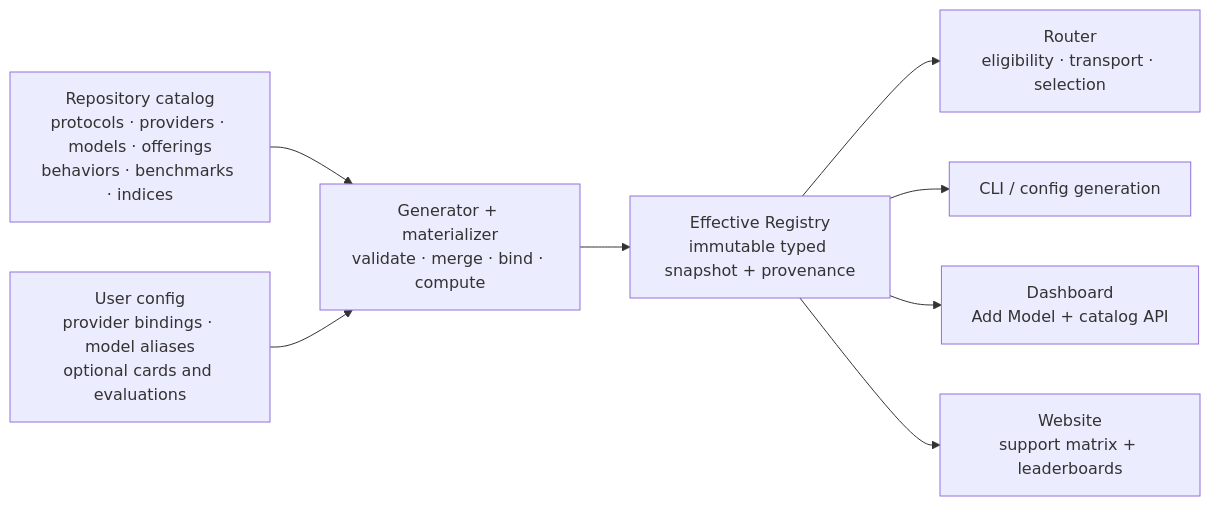
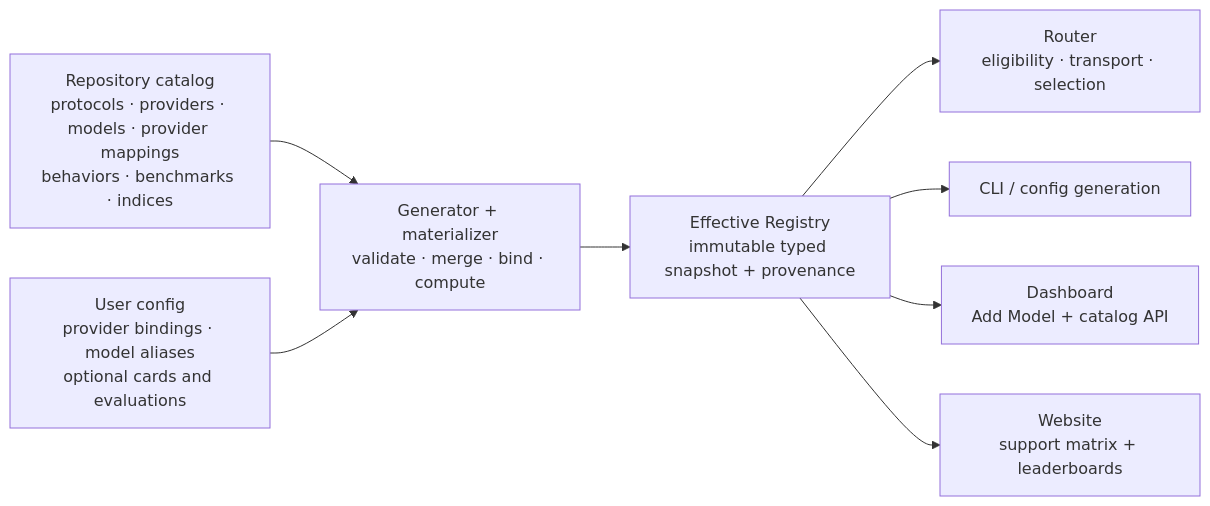
Before and after one commit to vuhluu/semantic-router: the diagram in website/docs/proposals/unified-model-catalog-and-evaluation-index.md, drawn with Mermaid. The commit also changed other lines of this file and 305 other files, not shown here.

Commit message:
feat(catalog): consolidate provider-owned model metadata

````diff
--- a/website/docs/proposals/unified-model-catalog-and-evaluation-index.md
+++ b/website/docs/proposals/unified-model-catalog-and-evaluation-index.md
@@ -163,19 +232,19 @@
 ```mermaid
 flowchart LR
-  Builtins["Repository catalog\nprotocols · providers · models · offerings\nbehaviors · benchmarks · indices"]
+  Builtins["Repository catalog\nprotocols · providers · models · provider mappings\nbehaviors · benchmarks · indices"]
   User["User config\nprovider bindings · model aliases\noptional cards and evaluations"]
   Compiler["Generator + materializer\nvalidate · merge · bind · compute"]
   Registry["Effective Registry\nimmutable typed snapshot + provenance"]
   Router["Router\neligibility · transport · selection"]
   CLI["CLI / config generation"]
   Dashboard["Dashboard\nAdd Model + catalog API"]
   Website["Website\nsupport matrix + leaderboards"]
 
   Builtins --> Compiler
   User --> Compiler
   Compiler --> Registry
   Registry --> Router
   Registry --> CLI
   Registry --> Dashboard
   Registry --> Website
 ```
````
